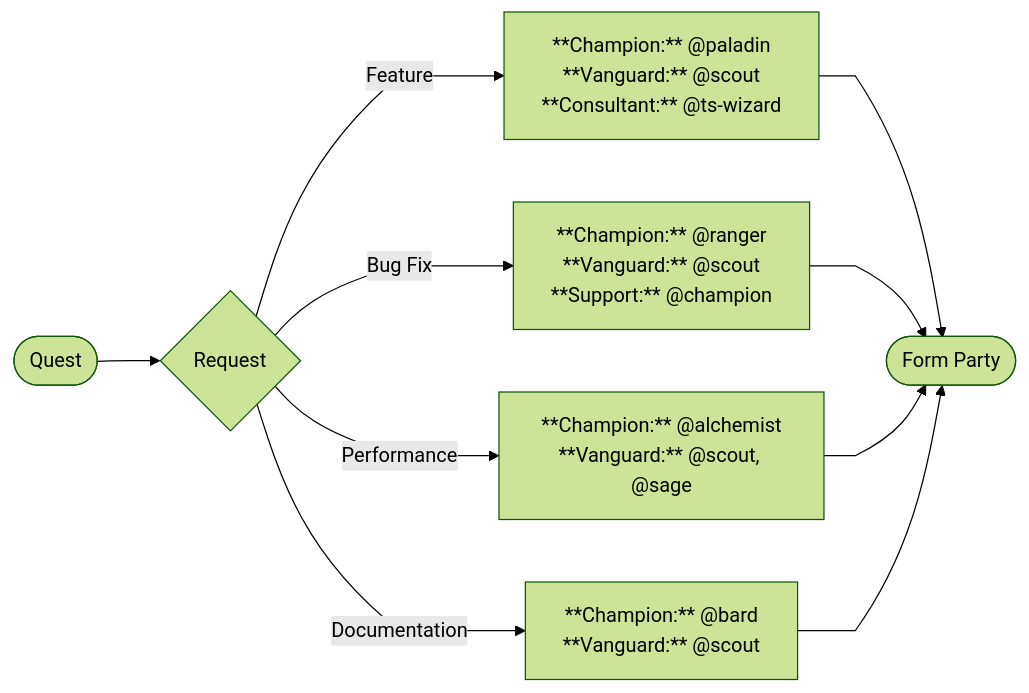
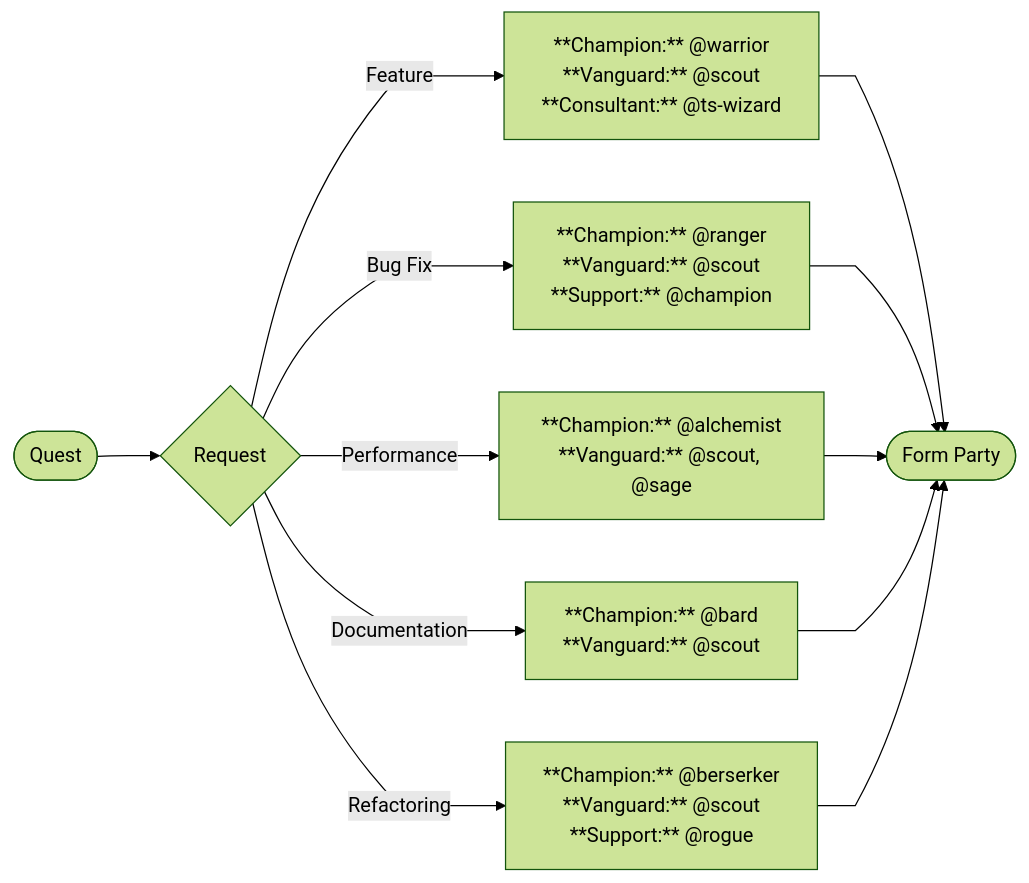
The diagram in src/app/labs/(content)/055-forming-the-party/page.mdx (lloydrichards/proj_portfolio-website), drawn with Mermaid (forest theme) before and after one commit. The commit also changed other lines of this file, not shown here.

````diff
--- a/src/app/labs/(content)/055-forming-the-party/page.mdx
+++ b/src/app/labs/(content)/055-forming-the-party/page.mdx
@@ -198,18 +204,19 @@
 ```mermaid
 ---
 config:
   flowchart:
     curve: monotoneY
 ---
 flowchart LR
     Quest([Quest]) --> Analyze{Request}
-    Analyze -->|Feature| F["**Champion:** @paladin<br/>**Vanguard:** @scout<br/>**Consultant:** @ts-wizard"]
+    Analyze -->|Feature| F["**Champion:** @warrior<br/>**Vanguard:** @scout<br/>**Consultant:** @ts-wizard"]
     Analyze -->|Bug Fix| B["**Champion:** @ranger<br/>**Vanguard:** @scout<br/>**Support:** @champion"]
     Analyze -->|Performance| P["**Champion:** @alchemist<br/>**Vanguard:** @scout, @sage"]
     Analyze -->|Documentation| D["**Champion:** @bard<br/>**Vanguard:** @scout"]
+    Analyze -->|Refactoring| R["**Champion:** @berserker<br/>**Vanguard:** @scout<br/>**Support:** @rogue"]
     F --> Party([Form Party])
     B --> Party
     P --> Party
     D --> Party
-
+    R --> Party
 ```
````
